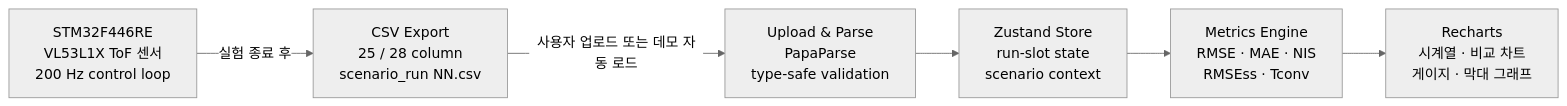
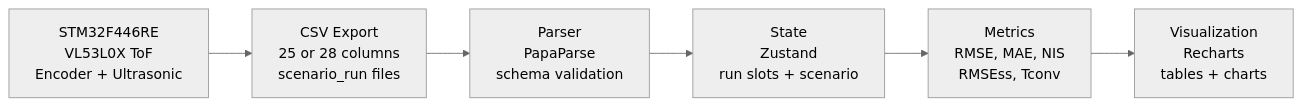
The diagram in README.md (dlaekduddlaekdud/edge-ai-kalman-dashboard), drawn with Mermaid (neutral theme) before and after one commit. The commit also changed other lines of this file and 2 other files, not shown here.

````diff
--- a/README.md
+++ b/README.md
@@ -11,15 +46,15 @@
 ```mermaid
 graph LR
-  A["STM32F446RE<br/>VL53L1X ToF 센서<br/>200 Hz control loop"]
-  B["CSV Export<br/>25 / 28 column<br/>scenario_run NN.csv"]
-  C["Upload & Parse<br/>PapaParse<br/>type-safe validation"]
-  D["Zustand Store<br/>run-slot state<br/>scenario context"]
-  E["Metrics Engine<br/>RMSE · MAE · NIS<br/>RMSEss · Tconv"]
-  F["Recharts<br/>시계열 · 비교 차트<br/>게이지 · 막대 그래프"]
+  A["STM32F446RE<br/>VL53L0X ToF<br/>Encoder + Ultrasonic"]
+  B["CSV Export<br/>25 or 28 columns<br/>scenario_run files"]
+  C["Parser<br/>PapaParse<br/>schema validation"]
+  D["State<br/>Zustand<br/>run slots + scenario"]
+  E["Metrics<br/>RMSE, MAE, NIS<br/>RMSEss, Tconv"]
+  F["Visualization<br/>Recharts<br/>tables + charts"]
 
-  A -->|실험 종료 후| B
-  B -->|사용자 업로드 또는 데모 자동 로드| C
+  A --> B
+  B --> C
   C --> D
   D --> E
   E --> F
 ```
````
